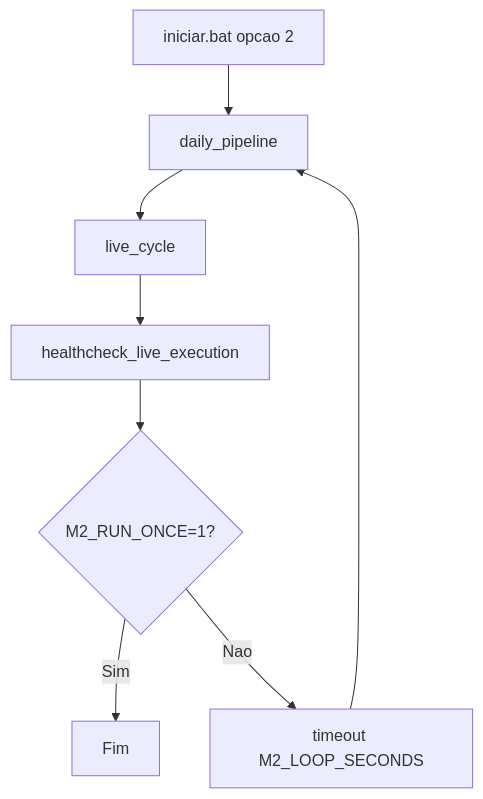
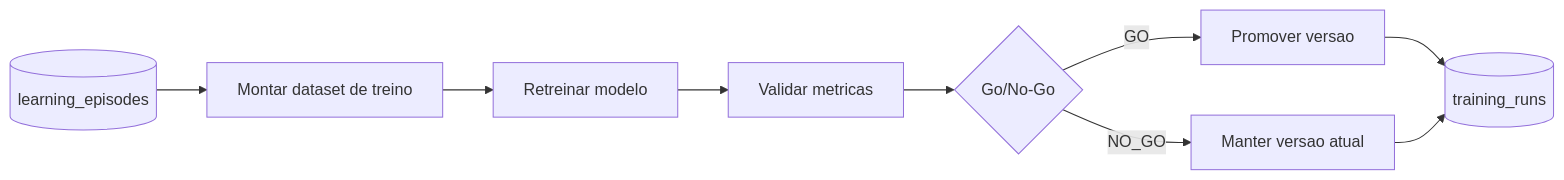
One commit to jadergreiner/crypto-futures-agent changed the sixth of 7 diagrams in docs/DIAGRAMAS.md. Above: the diagram before and after it, drawn with Mermaid. The commit also changed other lines of this file, not shown here.

Commit message:
[SYNC] Atualizar diagramas para arquitetura model-driven

````diff
--- a/docs/DIAGRAMAS.md
+++ b/docs/DIAGRAMAS.md
@@ -268,10 +138,11 @@
 ```mermaid
-flowchart TD
-    A[iniciar.bat opcao 2] --> B[daily_pipeline]
-    B --> C[live_cycle]
-    C --> D[healthcheck_live_execution]
-    D --> E{M2_RUN_ONCE=1?}
-    E -->|Sim| F[Fim]
-    E -->|Nao| G[timeout M2_LOOP_SECONDS]
-    G --> B
+flowchart LR
+  A[(learning_episodes)] --> B[Montar dataset de treino]
+  B --> C[Retreinar modelo]
+  C --> D[Validar metricas]
+  D --> E{Go/No-Go}
+  E -->|GO| F[Promover versao]
+  E -->|NO_GO| G[Manter versao atual]
+  F --> H[(training_runs)]
+  G --> H
 ```
````
